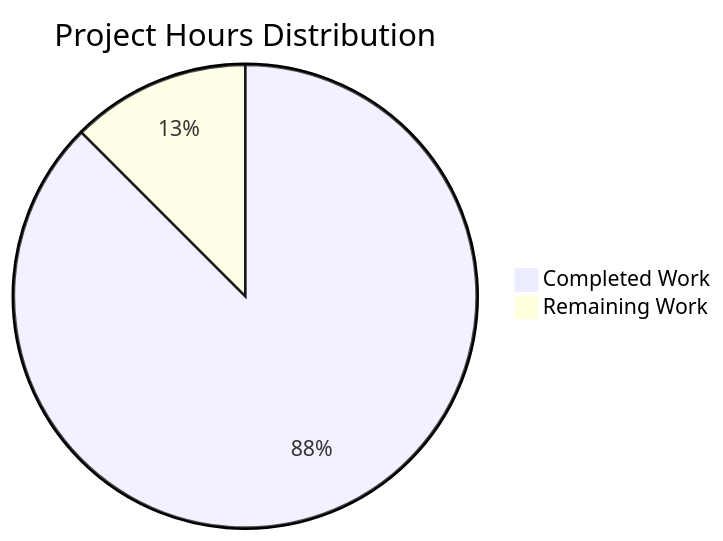
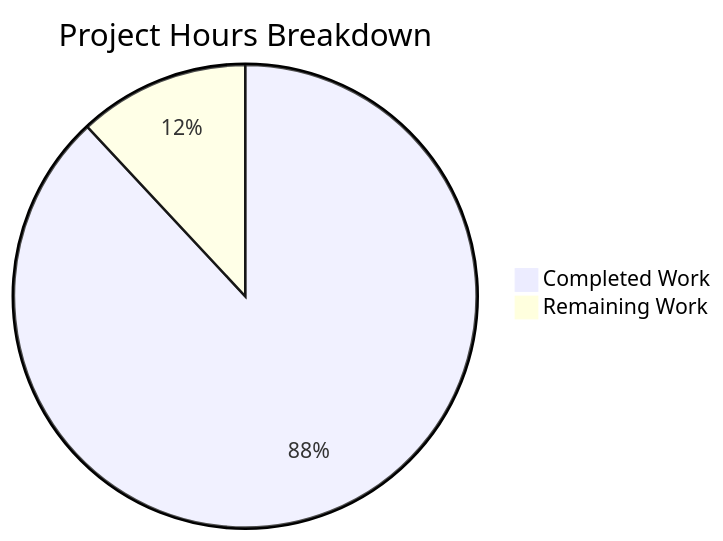
One commit to blitzy-public-samples/blitzy-WebVella-ERP changed the diagram in blitzy/documentation/Project Guide.md. Above: the diagram before and after it, drawn with Mermaid. The commit also changed other lines of this file, not shown here.

Commit message:
Adding Blitzy Project Guide: Project Status and Human Tasks Remaining

````diff
--- a/blitzy/documentation/Project Guide.md
+++ b/blitzy/documentation/Project Guide.md
@@ -26,5 +27,5 @@
 ```mermaid
-pie title Project Hours Distribution
-    "Completed Work" : 280
-    "Remaining Work" : 40
+pie title Project Hours Breakdown
+    "Completed Work" : 236
+    "Remaining Work" : 32
 ```
````
